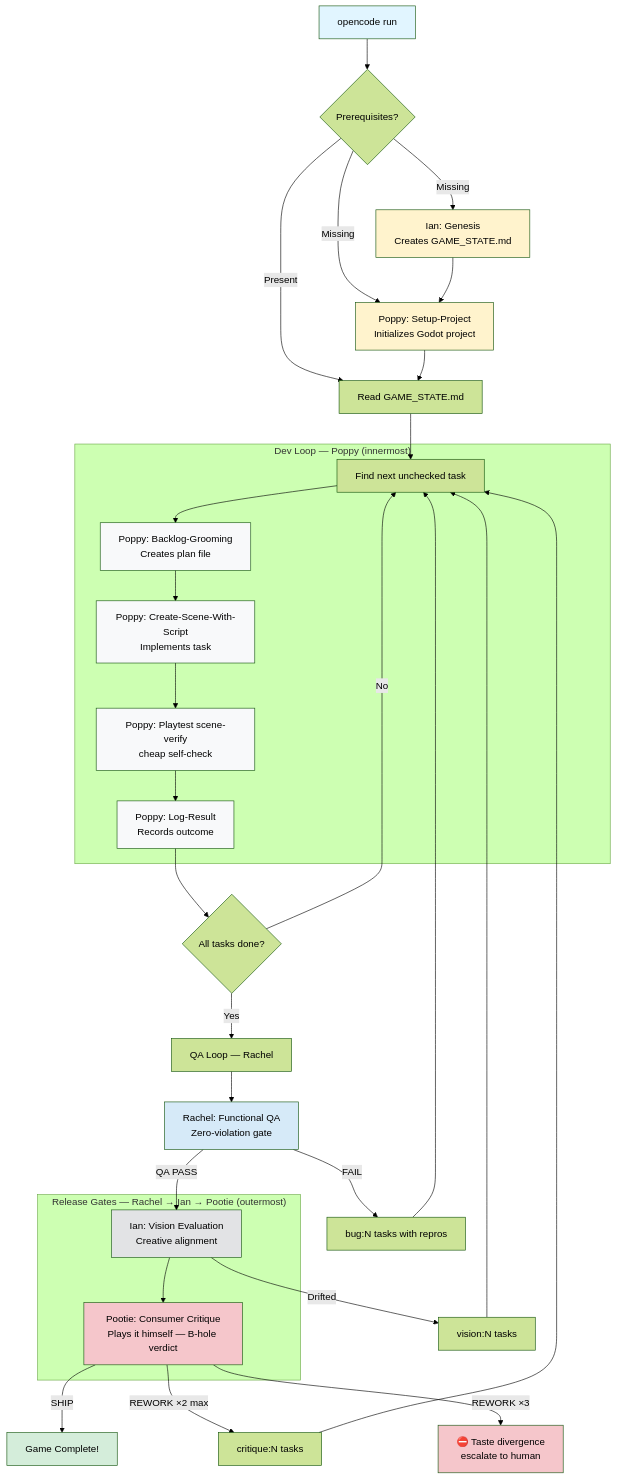
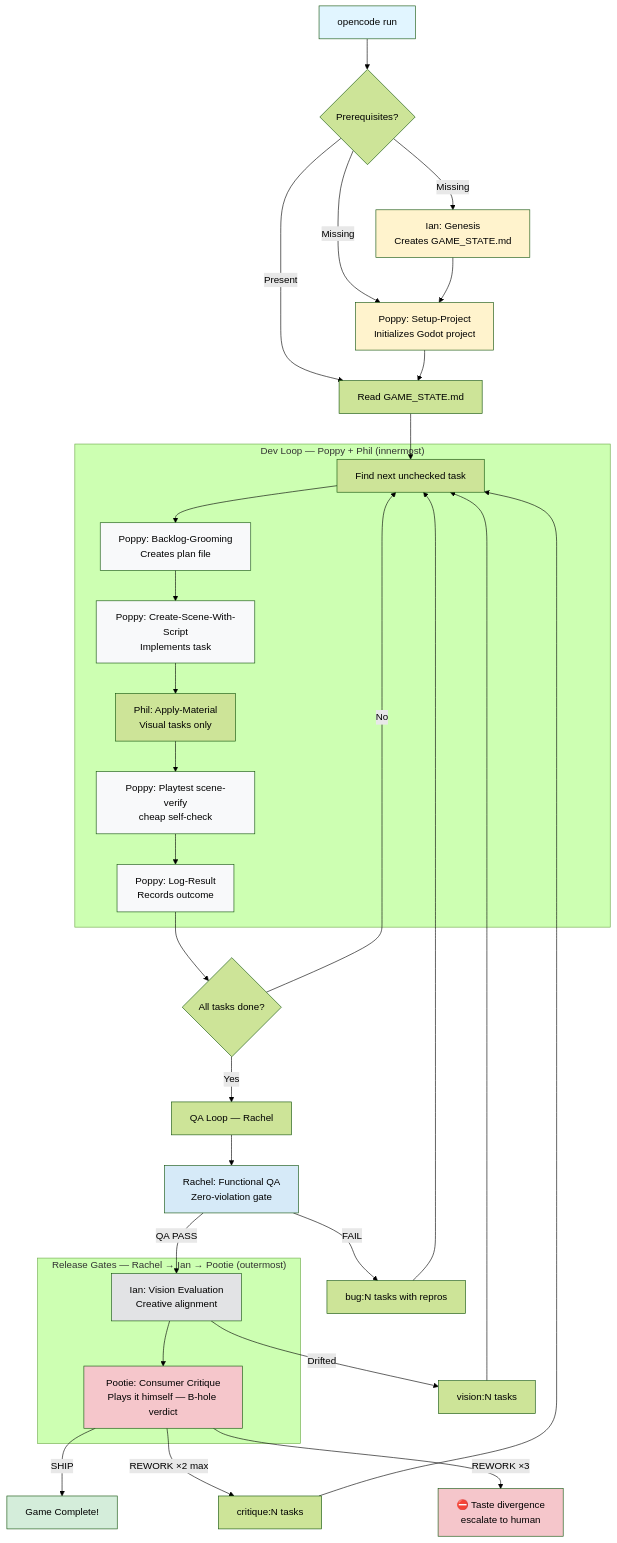
The diagram in README.md (mcanevet/MythicQuest), drawn with Mermaid (forest theme) before and after one commit. The commit also changed 6 other files, not shown here.

````diff
--- a/README.md
+++ b/README.md
@@ -91,57 +91,58 @@
 ```mermaid
 flowchart TB
     Start["opencode run"] --> Check{Prerequisites?}
     Check -->|Missing| Genesis[Ian: Genesis<br/>Creates GAME_STATE.md]
     Check -->|Missing| Setup[Poppy: Setup-Project<br/>Initializes Godot project]
     Check -->|Present| ReadBacklog[Read GAME_STATE.md]
     
     Genesis --> Setup
     Setup --> ReadBacklog
     
-    subgraph DevLoop["Dev Loop — Poppy (innermost)"]
+    subgraph DevLoop["Dev Loop — Poppy + Phil (innermost)"]
         FindTask[Find next unchecked task]
         FindTask --> Plan[Poppy: Backlog-Grooming<br/>Creates plan file]
         Plan --> Implement[Poppy: Create-Scene-With-Script<br/>Implements task]
-        Implement --> SelfCheck[Poppy: Playtest scene-verify<br/>cheap self-check]
+        Implement --> Art[Phil: Apply-Material<br/>Visual tasks only]
+        Art --> SelfCheck[Poppy: Playtest scene-verify<br/>cheap self-check]
         SelfCheck --> Log[Poppy: Log-Result<br/>Records outcome]
     end
     
     ReadBacklog --> FindTask
     Log --> Complete{All tasks done?}
     Complete -->|No| FindTask
     
     Complete -->|Yes| QA[QA Loop — Rachel]
     QA --> FunctPlaytest[Rachel: Functional QA<br/>Zero-violation gate]
     FunctPlaytest -->|FAIL| BugTasks[bug:N tasks with repros]
     BugTasks --> FindTask
     
     subgraph ReleaseGates["Release Gates — Rachel → Ian → Pootie (outermost)"]
         VisionGate[Ian: Vision Evaluation<br/>Creative alignment]
         VisionGate --> Critique[Pootie: Consumer Critique<br/>Plays it himself — B-hole verdict]
     end
     
     FunctPlaytest -->|QA PASS| VisionGate
     VisionGate -->|Drifted| VisionTasks[vision:N tasks]
     VisionTasks --> FindTask
     
     Critique -->|SHIP| End["Game Complete!"]
     Critique -->|REWORK ×2 max| CritiqueTasks[critique:N tasks]
     CritiqueTasks --> FindTask
     Critique -->|REWORK ×3| Human["⛔ Taste divergence<br/>escalate to human"]
 
     %% Feedback loops are bounded by agent.build.steps cap (default 300 in opencode.jsonc)
     %% and the pootie rework-cycle cap (2) in agents/build.md.
     
     style Start fill:#e1f5ff
     style End fill:#d4edda
     style Genesis fill:#fff3cd
     style Setup fill:#fff3cd
     style Plan fill:#f8f9fa
     style Implement fill:#f8f9fa
     style SelfCheck fill:#f8f9fa
     style Log fill:#f8f9fa
     style FunctPlaytest fill:#d6eaf8
     style VisionGate fill:#e2e3e5
     style Critique fill:#f5c6cb
     style Human fill:#f5c6cb
 ```
````
